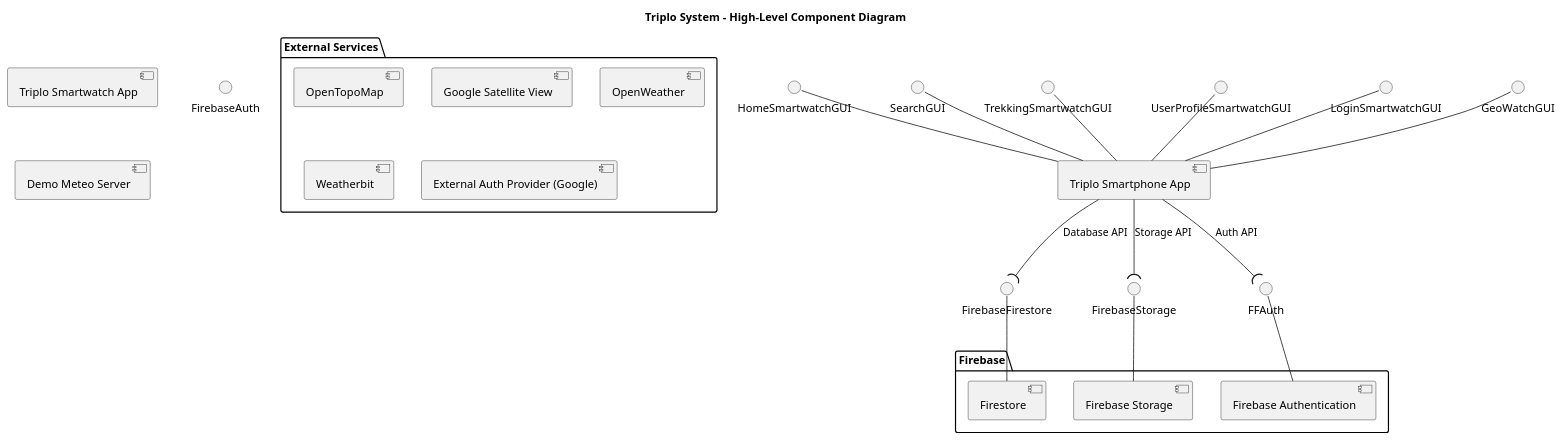
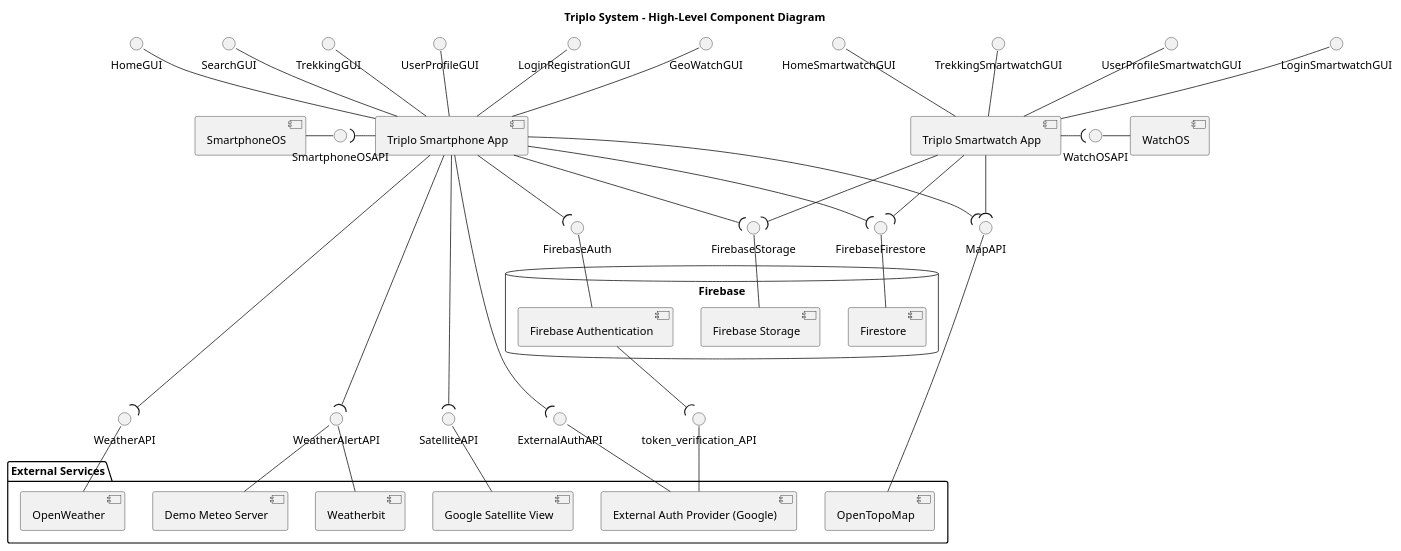
Before and after one commit to SofiaTerracciano/Triplo: the diagram in documentation/Diagrams/high level component diagram.puml, drawn with PlantUML. The commit also changed 3 other files, not shown here.

Commit message:
high level component diagram

```diff
--- a/documentation/Diagrams/high level component diagram.puml
+++ b/documentation/Diagrams/high level component diagram.puml
@@ -1,100 +1,196 @@
 @startuml
 title Triplo System - High-Level Component Diagram
 
 
 'skinparam packageStyle rectangle
 
 
 '========================
 ' Mobile applications
 '========================
-component "Triplo Smartphone App" as SmartphoneApp
-component "Triplo Smartwatch App" as WatchApp
+component "Triplo Smartphone App" as SmartphoneApp 
+component "Triplo Smartwatch App" as WatchApp 
 
 
 '--- GUIs (Smartphone)
 interface "HomeGUI" as HomeGUI
 interface "SearchGUI" as SearchGUI
 interface "TrekkingGUI" as TrekkingGUI
 interface "UserProfileGUI" as UserProfileGUI
 interface "LoginRegistrationGUI" as LoginGUI
-
 HomeGUI -down- SmartphoneApp
 SearchGUI -down- SmartphoneApp
 TrekkingGUI -down- SmartphoneApp
 UserProfileGUI -down- SmartphoneApp
 LoginGUI -down- SmartphoneApp
 
 
 
 
 interface "GeoWatchGUI" as GeoWatchGUI
 GeoWatchGUI -down- SmartphoneApp
-interface "HomeSmartwatchGUI" as HomeGUI
-interface "TrekkingSmartwatchGUI" as TrekkingGUI
-interface "UserProfileSmartwatchGUI" as UserProfileGUI
-interface "LoginSmartwatchGUI" as LoginGUI
+interface "HomeSmartwatchGUI" 
+interface "TrekkingSmartwatchGUI" 
+interface "UserProfileSmartwatchGUI" 
+interface "LoginSmartwatchGUI" 
+HomeSmartwatchGUI -down- WatchApp
+
+TrekkingSmartwatchGUI -down- WatchApp
+UserProfileSmartwatchGUI -down- WatchApp
+LoginSmartwatchGUI -down- WatchApp
+
+
+
+
+
 
 
 '========================
 ' Firebase as backend
 '========================
-package "Firebase" as FirebasePkg {
+database "Firebase" as FirebasePkg {
   component "Firebase Authentication" as FirebaseAuth
   component "Firestore" as Firestore
   component "Firebase Storage" as FirebaseStorage
 }
 
 interface FirebaseAuth as FAuth
 interface FirebaseFirestore as FFirestore
 interface FirebaseStorage as FStorage
 
-SmartphoneApp --( FFAuth : Auth API
-FFAuth -- FirebaseAuth
-SmartphoneApp --( FFirestore : Database API
+SmartphoneApp --( FAuth 
+FAuth -- FirebaseAuth
+SmartphoneApp --( FFirestore 
 FFirestore -- Firestore
-SmartphoneApp --( FStorage: Storage API
+SmartphoneApp --( FStorage
 FStorage -- FirebaseStorage
-
+WatchApp --( FFirestore 
+WatchApp --( FStorage 
 
 'SmartphoneApp -- Firestore : Database API
 'SmartphoneApp -- FirebaseStorage : Storage API
 
 'WatchApp -- FirebaseAuth : Auth API
 'WatchApp -- Firestore : Database API
 'WatchApp -- FirebaseStorage : Storage API
 
 '========================
 ' External services
 '========================
-package "External Services" as ExtSvc {
+package "External Services" {
   component "OpenTopoMap" as OpenTopoMap
-  component "Google Satellite View" as GoogleSat
+  component "Google Satellite View" as GSW
   component "OpenWeather" as OpenWeather
   component "Weatherbit" as Weatherbit
   component "External Auth Provider (Google)" as GoogleAuth
+    component "Demo Meteo Server" as DemoMeteoServer
 }
 
 ' Mapping + weather consumed by the apps
 'SmartphoneApp -- OpenTopoMap : Maps API
 'SmartphoneApp -- GoogleSat : Tiles/Maps API
 'SmartphoneApp -- OpenWeather : Weather API
 'SmartphoneApp -- Weatherbit : Weather API
 
 'WatchApp -- OpenTopoMap : Maps API
 'WatchApp -- GoogleSat : Tiles/Maps API
 'WatchApp -- OpenWeather : Weather API
 'WatchApp -- Weatherbit : Weather API
 
 ' External auth (federated sign-in)
 'SmartphoneApp -- GoogleAuth : OAuth / Sign-In
 'WatchApp -- GoogleAuth : OAuth / Sign-In
 
-'========================
-' Demo server for meteo alerts
-'========================
-component "Demo Meteo Server" as DemoMeteoServer
+
 'SmartphoneApp -- DemoMeteoServer : Alert subscription / fetch
 'WatchApp -- DemoMeteoServer : Alert fetch
 
+interface MapAPI 
+interface ExternalAuthAPI
+
+interface WeatherAPI 
+interface WeatherAlertAPI
+
+
+
+
+
+interface SatelliteAPI
+
+
+
+
+
+
+
+
+
+
+
+SmartphoneApp --( MapAPI 
+MapAPI -- OpenTopoMap
+SmartphoneApp --(  ExternalAuthAPI 
+ExternalAuthAPI -- GoogleAuth
+
+
+SmartphoneApp --( WeatherAPI 
+WeatherAPI -- OpenWeather
+
+SmartphoneApp --( WeatherAlertAPI 
+WeatherAlertAPI -- Weatherbit
+
+SmartphoneApp --( SatelliteAPI
+SatelliteAPI -- GSW
+
+
+
+
+WeatherAlertAPI -- DemoMeteoServer
+
+
+
+
+
+
+interface token_verification_API
+FirebaseAuth --( token_verification_API
+token_verification_API -- GoogleAuth
+
+
+
+
+
+
+
+
+
+
+
+
+
+
+WatchApp --( MapAPI
+
+
+
+
+
+
+
+component SmartphoneOS
+component WatchOS
+
+interface SmartphoneOSAPI
+interface WatchOSAPI
+
+
+
+
+
+
+
+SmartphoneApp -left-( SmartphoneOSAPI
+SmartphoneOSAPI -left- SmartphoneOS
+WatchApp -right-( WatchOSAPI
+WatchOSAPI -right- WatchOS
 @enduml
```
